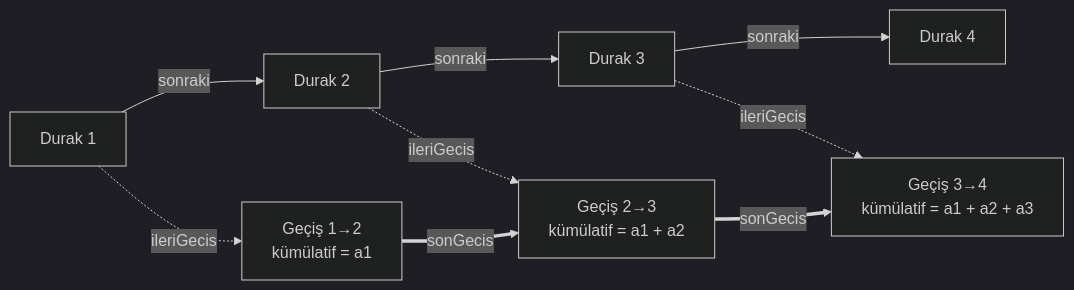
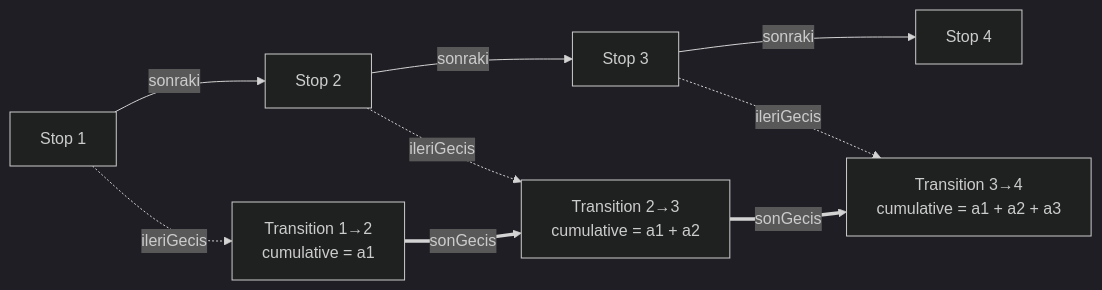
One commit to EmirAkay-007/dogruluk changed the diagram in README.md. Above: the diagram before and after it, drawn with Mermaid (dark theme). The commit also changed other lines of this file and 1 other file, not shown here.

````diff
--- a/README.md
+++ b/README.md
@@ -25,13 +27,13 @@
 ```mermaid
 flowchart LR
-    D1["Durak 1"] -->|sonraki| D2["Durak 2"]
-    D2 -->|sonraki| D3["Durak 3"]
-    D3 -->|sonraki| D4["Durak 4"]
+    D1["Stop 1"] -->|sonraki| D2["Stop 2"]
+    D2 -->|sonraki| D3["Stop 3"]
+    D3 -->|sonraki| D4["Stop 4"]
 
-    D1 -.->|ileriGecis| G1["Geçiş 1→2<br/>kümülatif = a1"]
-    D2 -.->|ileriGecis| G2["Geçiş 2→3<br/>kümülatif = a1 + a2"]
-    D3 -.->|ileriGecis| G3["Geçiş 3→4<br/>kümülatif = a1 + a2 + a3"]
+    D1 -.->|ileriGecis| G1["Transition 1→2<br/>cumulative = a1"]
+    D2 -.->|ileriGecis| G2["Transition 2→3<br/>cumulative = a1 + a2"]
+    D3 -.->|ileriGecis| G3["Transition 3→4<br/>cumulative = a1 + a2 + a3"]
 
     G1 ==>|sonGecis| G2
     G2 ==>|sonGecis| G3
 ```
````
